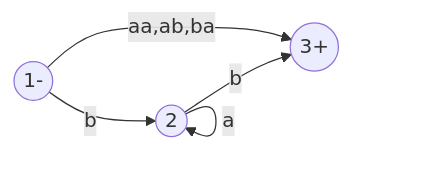
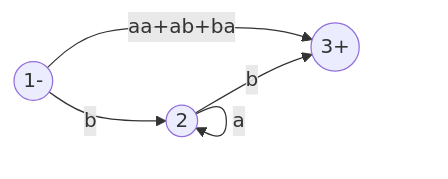
Before and after one commit to ufidon/ct: diagram 16 of 16 in scratch/fas.md, drawn with Mermaid. The commit also changed other lines of this file and 3 other files, not shown here.

````diff
--- a/scratch/fas.md
+++ b/scratch/fas.md
@@ -227,10 +231,10 @@
 ```mermaid
 flowchart LR
   q1(("1-"))
   q2(("2"))
   q3(("3+"))
   q1-->|b|q2
   q2-->|a|q2
   q2-->|b|q3
-  q1-->|"aa,ab,ba"|q3
+  q1-->|"aa+ab+ba"|q3
 ```
````
